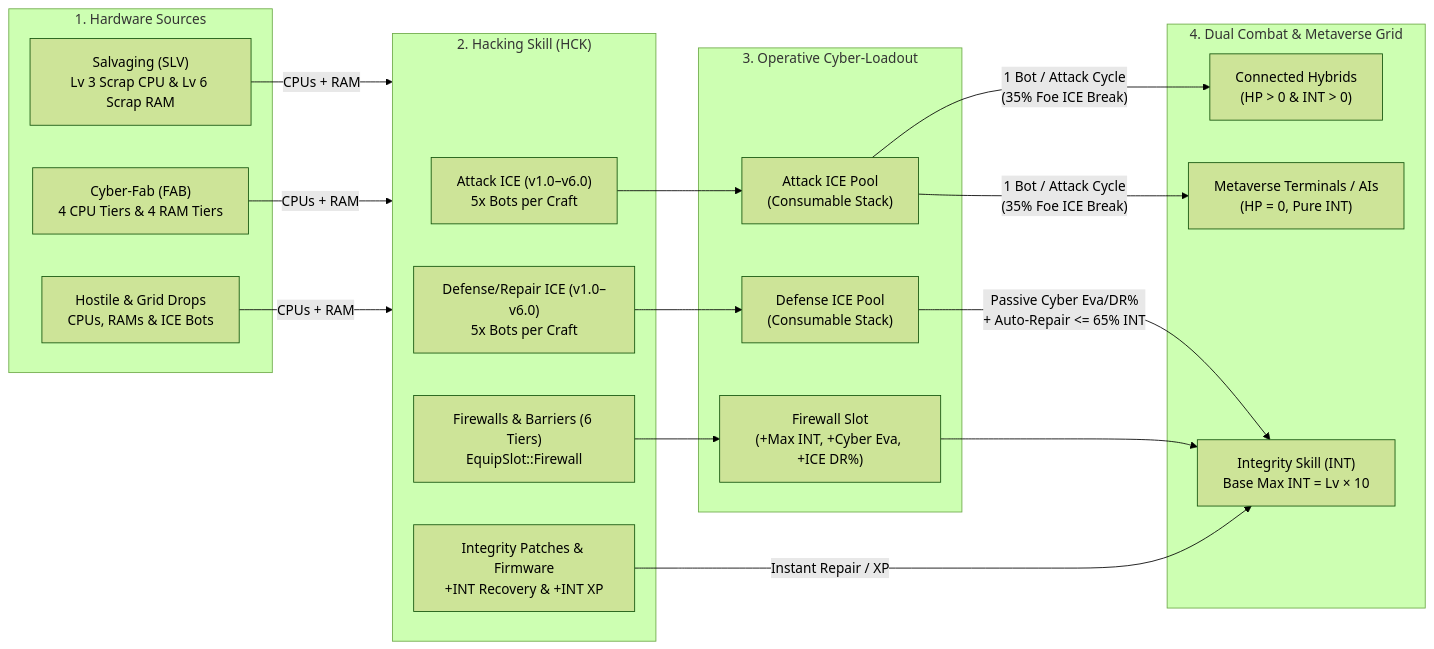
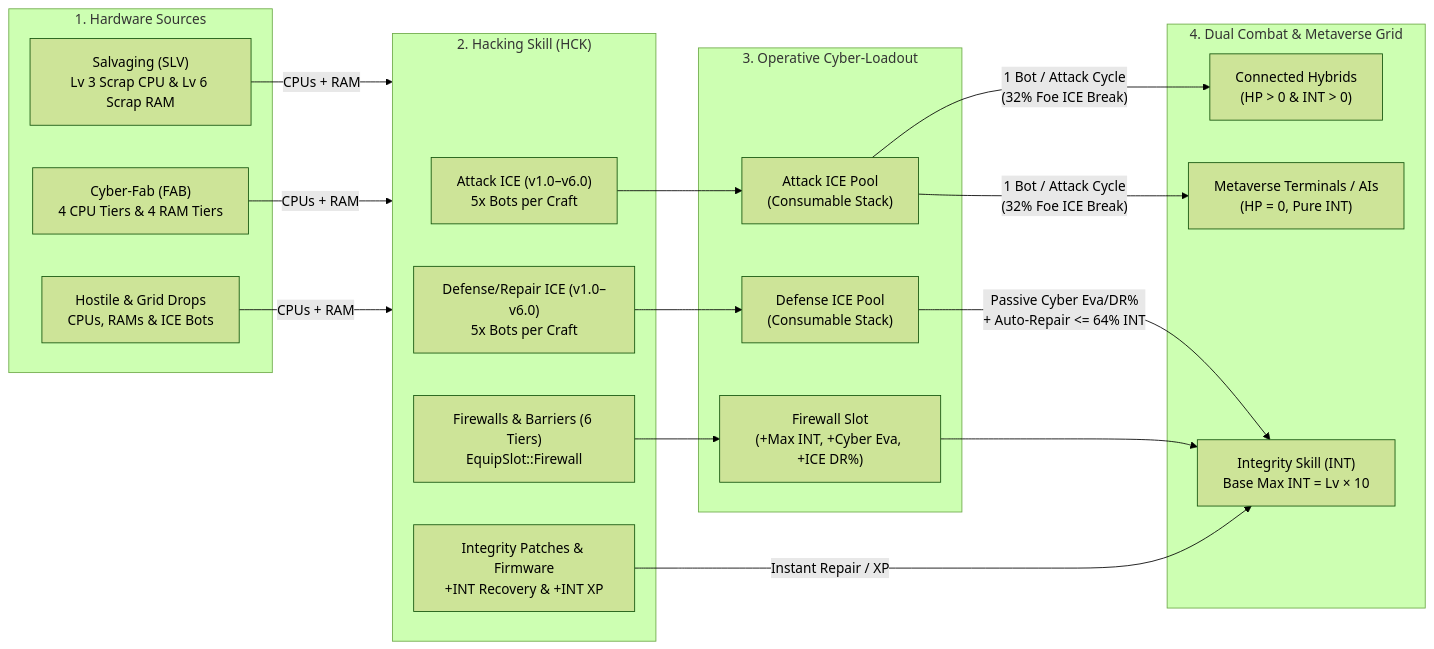
One commit to Mizux/routineverse changed the diagram in docs/hacking.md. Above: the diagram before and after it, drawn with Mermaid (forest theme). The commit also changed other lines of this file and 4 other files, not shown here.

````diff
--- a/docs/hacking.md
+++ b/docs/hacking.md
@@ -9,37 +9,37 @@
 ```mermaid
 flowchart LR
   subgraph Sources["1. Hardware Sources"]
     SLV["Salvaging (SLV)<br/>Lv 3 Scrap CPU & Lv 6 Scrap RAM"]
     FAB["Cyber-Fab (FAB)<br/>4 CPU Tiers & 4 RAM Tiers"]
     DROPS["Hostile & Grid Drops<br/>CPUs, RAMs & ICE Bots"]
   end
 
   subgraph HackingSkill["2. Hacking Skill (HCK)"]
     ATK_ICE["Attack ICE (v1.0–v6.0)<br/>5x Bots per Craft"]
     DEF_ICE["Defense/Repair ICE (v1.0–v6.0)<br/>5x Bots per Craft"]
     FW["Firewalls & Barriers (6 Tiers)<br/>EquipSlot::Firewall"]
     PATCH["Integrity Patches & Firmware<br/>+INT Recovery & +INT XP"]
   end
 
   subgraph Loadout["3. Operative Cyber-Loadout"]
     POOL_A["Attack ICE Pool<br/>(Consumable Stack)"]
     POOL_D["Defense ICE Pool<br/>(Consumable Stack)"]
     SLOT_FW["Firewall Slot<br/>(+Max INT, +Cyber Eva, +ICE DR%)"]
   end
 
   subgraph Combat["4. Dual Combat & Metaverse Grid"]
     HYB["Connected Hybrids<br/>(HP > 0 & INT > 0)"]
     GRID["Metaverse Terminals / AIs<br/>(HP = 0, Pure INT)"]
     INT_SKILL["Integrity Skill (INT)<br/>Base Max INT = Lv × 10"]
   end
 
   SLV & FAB & DROPS -->|"CPUs + RAM"| HackingSkill
   ATK_ICE --> POOL_A
   DEF_ICE --> POOL_D
   FW --> SLOT_FW
   PATCH -->|"Instant Repair / XP"| INT_SKILL
 
-  POOL_A -->|"1 Bot / Attack Cycle<br/>(35% Foe ICE Break)"| HYB & GRID
-  POOL_D -->|"Passive Cyber Eva/DR%<br/>+ Auto-Repair <= 65% INT"| INT_SKILL
+  POOL_A -->|"1 Bot / Attack Cycle<br/>(32% Foe ICE Break)"| HYB & GRID
+  POOL_D -->|"Passive Cyber Eva/DR%<br/>+ Auto-Repair <= 64% INT"| INT_SKILL
   SLOT_FW --> INT_SKILL
 ```
````
